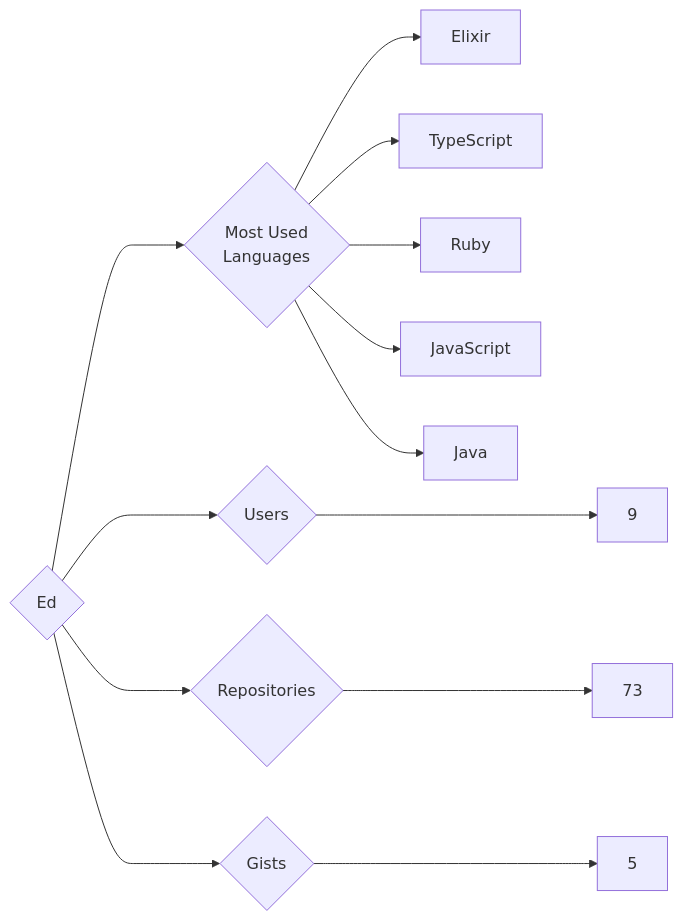
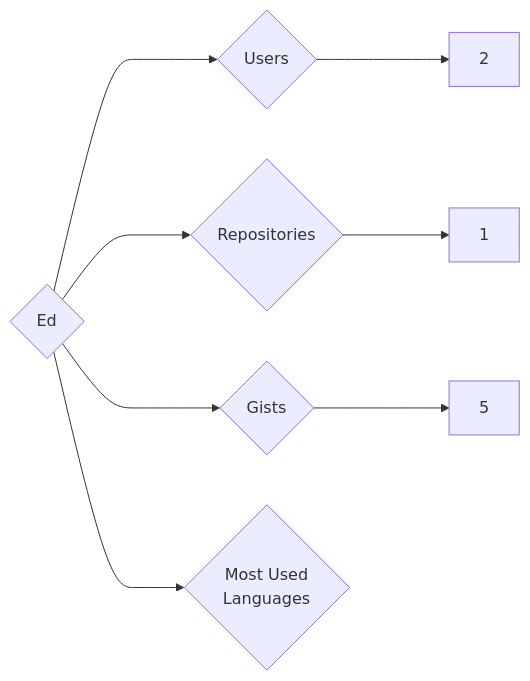
Before and after one commit to trickest/insiders: the diagram in targets/Ed/README.md, drawn with Mermaid. The commit also changed 559 other files, not shown here.

````diff
--- a/targets/Ed/README.md
+++ b/targets/Ed/README.md
@@ -3,13 +3,8 @@
 ```mermaid
 graph LR
 COMPANY_NAME{Ed}
-COMPANY_NAME ---> U{Users} ---> UN[9]
-COMPANY_NAME ---> R{Repositories} ---> RN[73]
+COMPANY_NAME ---> U{Users} ---> UN[2]
+COMPANY_NAME ---> R{Repositories} ---> RN[1]
 COMPANY_NAME ---> G{Gists} ---> GN[5]
 COMPANY_NAME ---> ML{Most Used<br>Languages}
-ML --> Elixir[Elixir]
-ML --> TypeScript[TypeScript]
-ML --> Ruby[Ruby]
-ML --> JavaScript[JavaScript]
-ML --> Java[Java]
 ```
````
